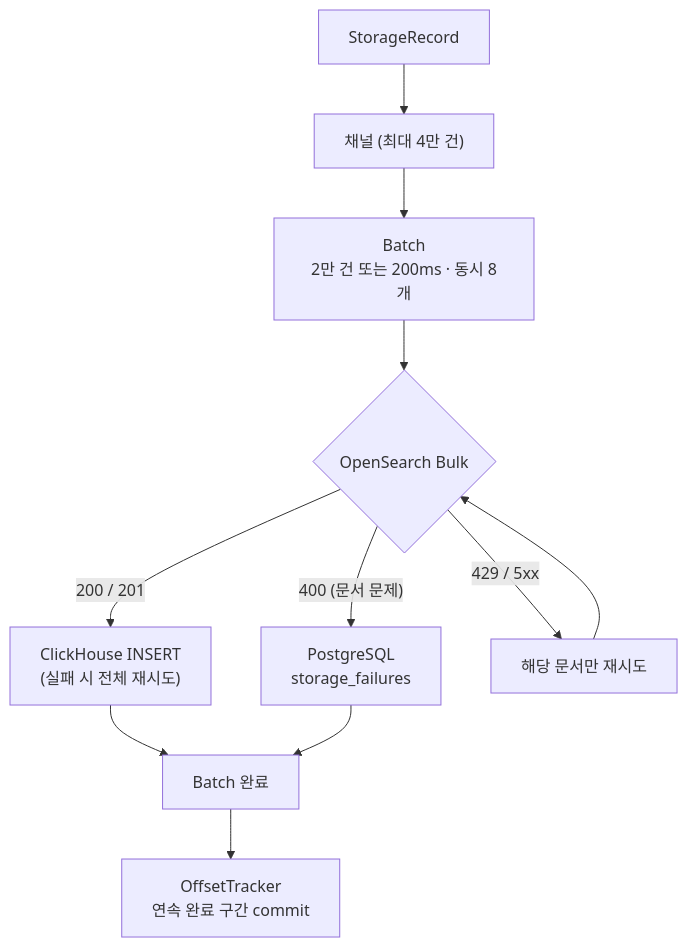
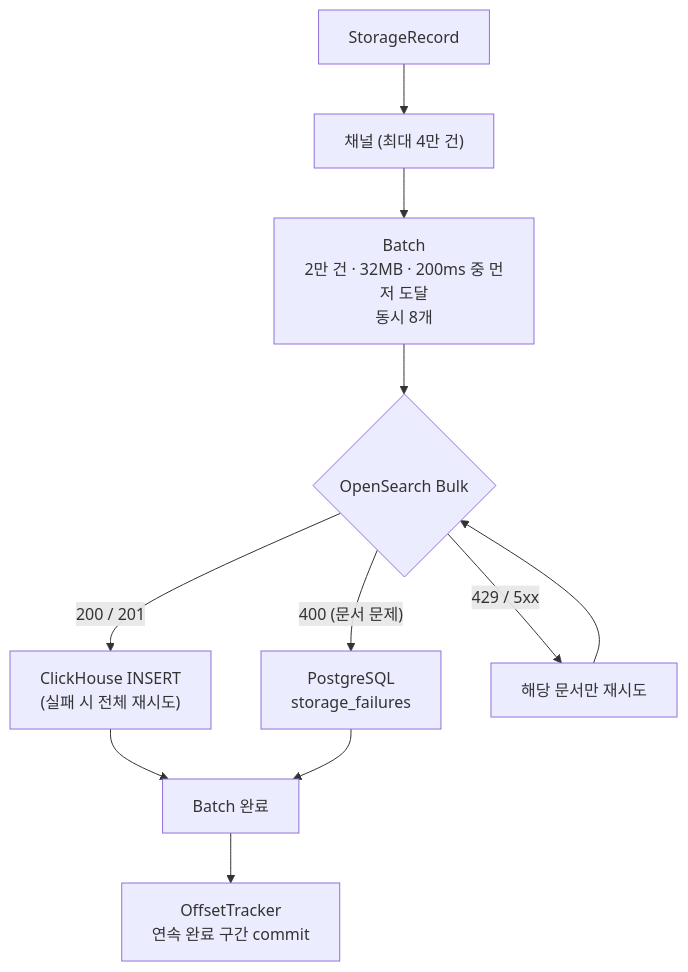
Before and after one commit to 1Tsw0rd/shire-guard: diagram 11 of 12 in README.md, drawn with Mermaid. The commit also changed other lines of this file and 3 other files, not shown here.

````diff
--- a/README.md
+++ b/README.md
@@ -911,13 +911,13 @@
 ```mermaid
 flowchart TD
     REC["StorageRecord"] --> CH1["채널 (최대 4만 건)"]
-    CH1 --> BATCH["Batch<br/>2만 건 또는 200ms · 동시 8개"]
+    CH1 --> BATCH["Batch<br/>2만 건 · 32MB · 200ms 중 먼저 도달<br/>동시 8개"]
     BATCH --> OS{"OpenSearch Bulk"}
     OS -->|"200 / 201"| CK["ClickHouse INSERT<br/>(실패 시 전체 재시도)"]
     OS -->|"400 (문서 문제)"| PG["PostgreSQL<br/>storage_failures"]
     OS -->|"429 / 5xx"| RETRY["해당 문서만 재시도"]
     RETRY --> OS
     CK --> DONE["Batch 완료"]
     PG --> DONE
     DONE --> COMMIT["OffsetTracker<br/>연속 완료 구간 commit"]
 ```
````
